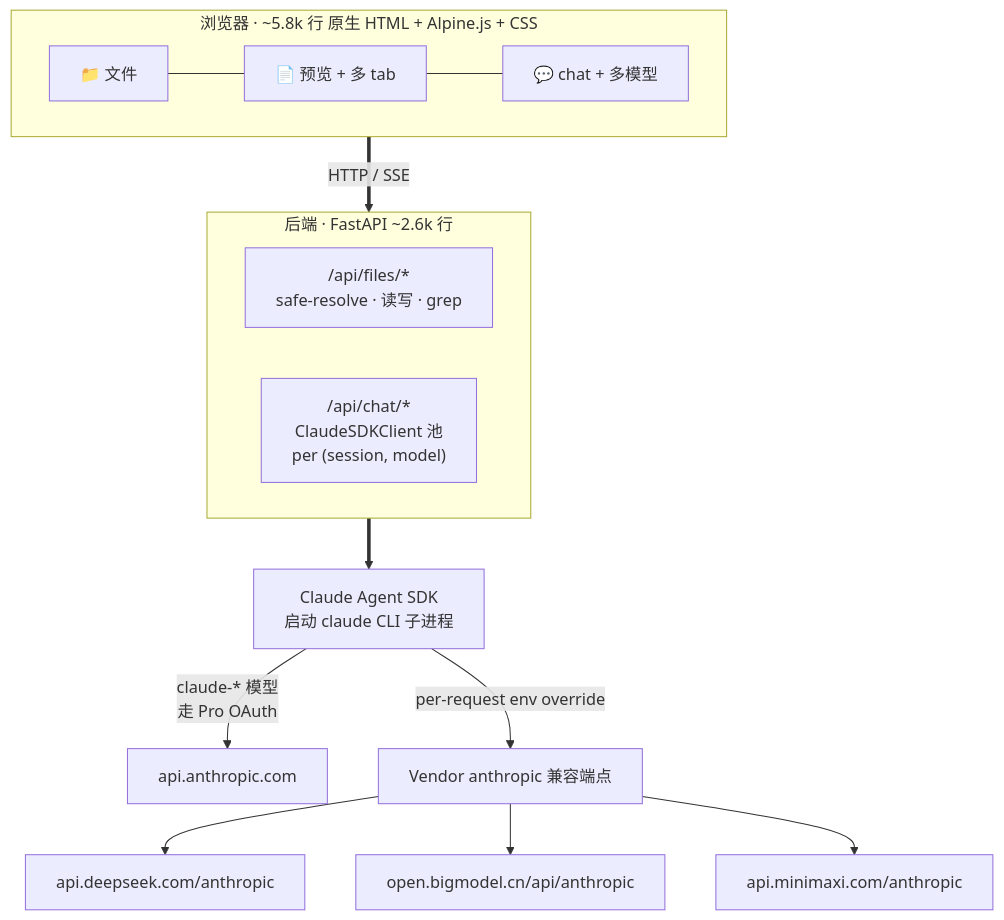
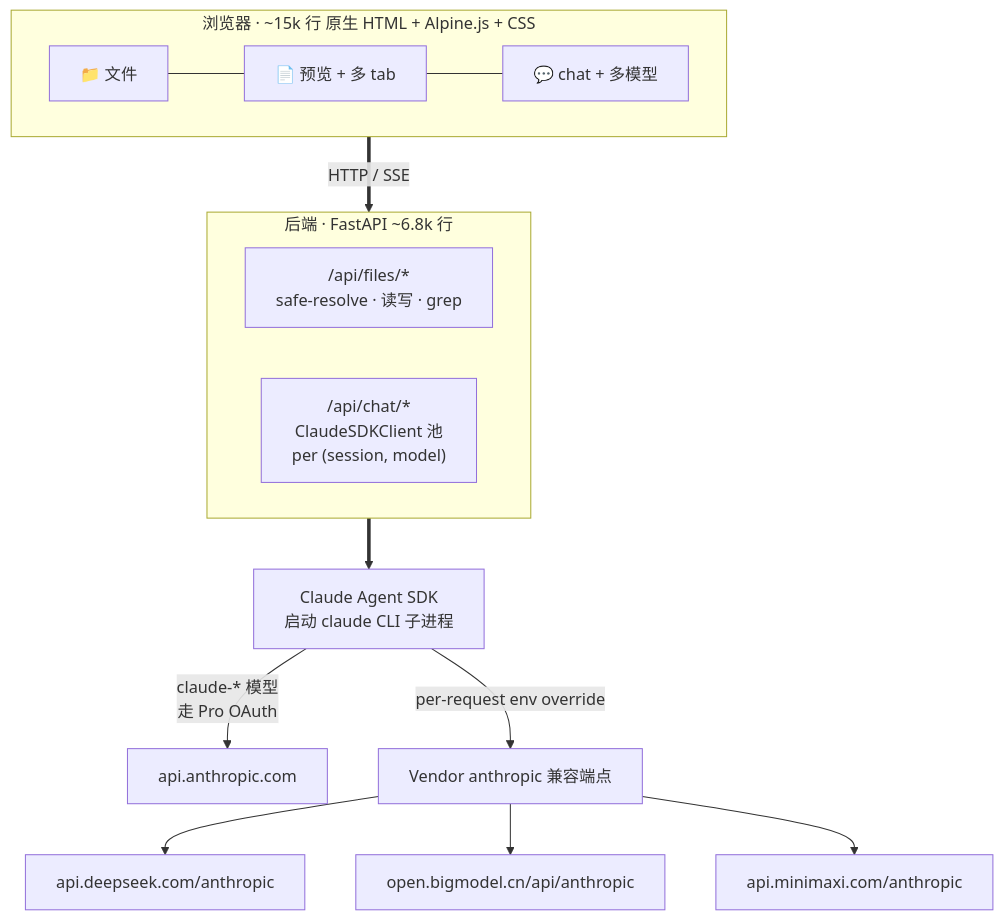
Before and after one commit to hesorchen/muselab: the diagram in docs/architecture_zh.md, drawn with Mermaid. The commit also changed 7 other files, not shown here.

````diff
--- a/docs/architecture_zh.md
+++ b/docs/architecture_zh.md
@@ -5,17 +5,17 @@
 ```mermaid
 flowchart TB
-  subgraph Browser["浏览器 · ~5.8k 行 原生 HTML + Alpine.js + CSS"]
+  subgraph Browser["浏览器 · ~15k 行 原生 HTML + Alpine.js + CSS"]
     F[📁 文件] --- P[📄 预览 + 多 tab] --- C[💬 chat + 多模型]
   end
   Browser ==>|HTTP / SSE| BE
-  subgraph BE["后端 · FastAPI ~2.6k 行"]
+  subgraph BE["后端 · FastAPI ~6.8k 行"]
     A["/api/files/*<br/>safe-resolve · 读写 · grep"]
     B["/api/chat/*<br/>ClaudeSDKClient 池<br/>per (session, model)"]
   end
   BE ==> SDK[Claude Agent SDK<br/>启动 claude CLI 子进程]
   SDK -->|claude-* 模型<br/>走 Pro OAuth| AN[api.anthropic.com]
   SDK -->|per-request env override| V[Vendor anthropic 兼容端点]
   V --> DS[api.deepseek.com/anthropic]
   V --> GL[open.bigmodel.cn/api/anthropic]
   V --> MM[api.minimaxi.com/anthropic]
 ```
````
